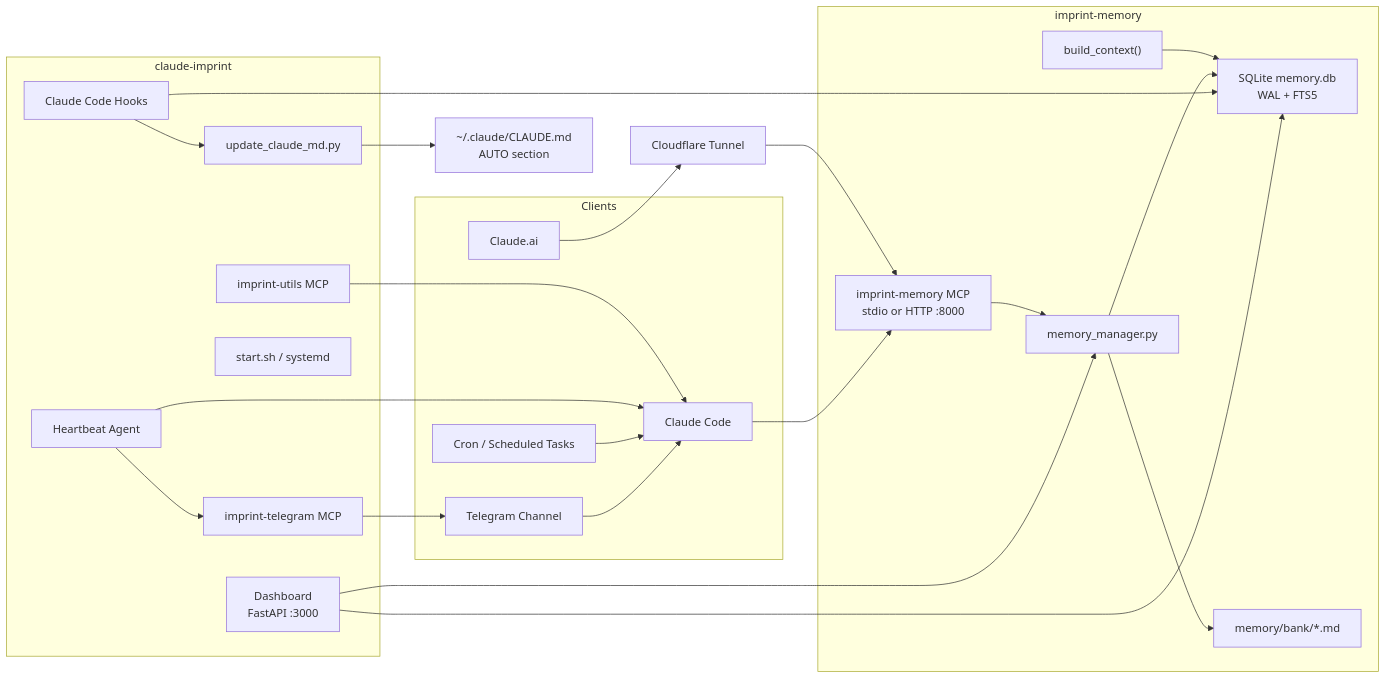
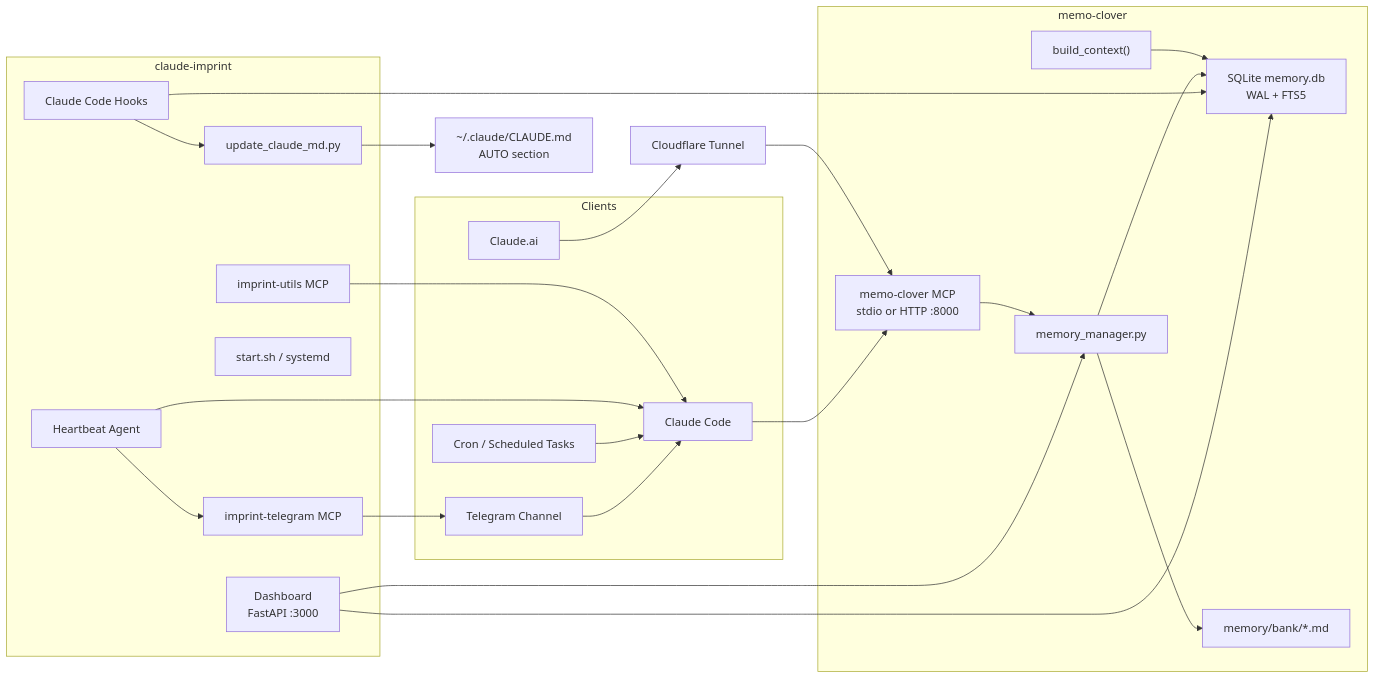
The first of 10 diagrams in docs/architecture.md (yanyan1115/claude-imprint), drawn with Mermaid before and after one commit. The commit also changed other lines of this file and 37 other files, not shown here.

Commit message:
feat: 🍀 migrate memory core to MemoClover ecosystem

````diff
--- a/docs/architecture.md
+++ b/docs/architecture.md
@@ -18,47 +18,47 @@
 ```mermaid
 flowchart LR
     subgraph Clients["Clients"]
         CC["Claude Code"]
         CAI["Claude.ai"]
         TG["Telegram Channel"]
         CRON["Cron / Scheduled Tasks"]
     end
 
     subgraph Main["claude-imprint"]
         DASH["Dashboard<br/>FastAPI :3000"]
         HOOKS["Claude Code Hooks"]
         HEART["Heartbeat Agent"]
         TG_MCP["imprint-telegram MCP"]
         UTIL_MCP["imprint-utils MCP"]
         START["start.sh / systemd"]
         AUTO["update_claude_md.py"]
     end
 
-    subgraph Core["imprint-memory"]
-        MCP["imprint-memory MCP<br/>stdio or HTTP :8000"]
+    subgraph Core["memo-clover"]
+        MCP["memo-clover MCP<br/>stdio or HTTP :8000"]
         MM["memory_manager.py"]
         DB["SQLite memory.db<br/>WAL + FTS5"]
         BANK["memory/bank/*.md"]
         CTX["build_context()"]
     end
 
     CF["Cloudflare Tunnel"]
     CLAUDE_MD["~/.claude/CLAUDE.md<br/>AUTO section"]
 
     CC --> MCP
     CAI --> CF --> MCP
     TG --> CC
     CRON --> CC
     DASH --> DB
     DASH --> MM
     HOOKS --> DB
     HOOKS --> AUTO
     HEART --> CC
     HEART --> TG_MCP
     UTIL_MCP --> CC
     TG_MCP --> TG
     MCP --> MM --> DB
     MM --> BANK
     CTX --> DB
     AUTO --> CLAUDE_MD
 ```
````
